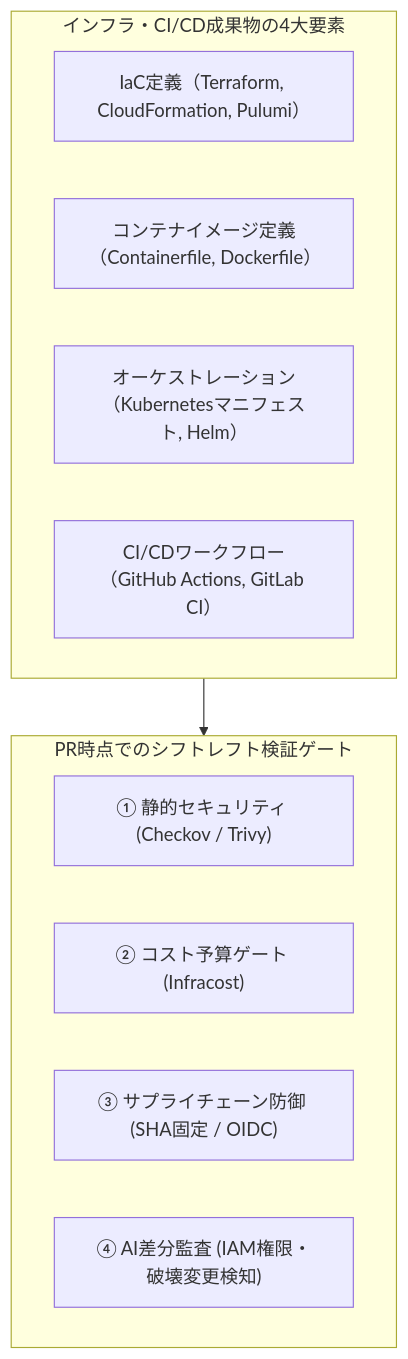
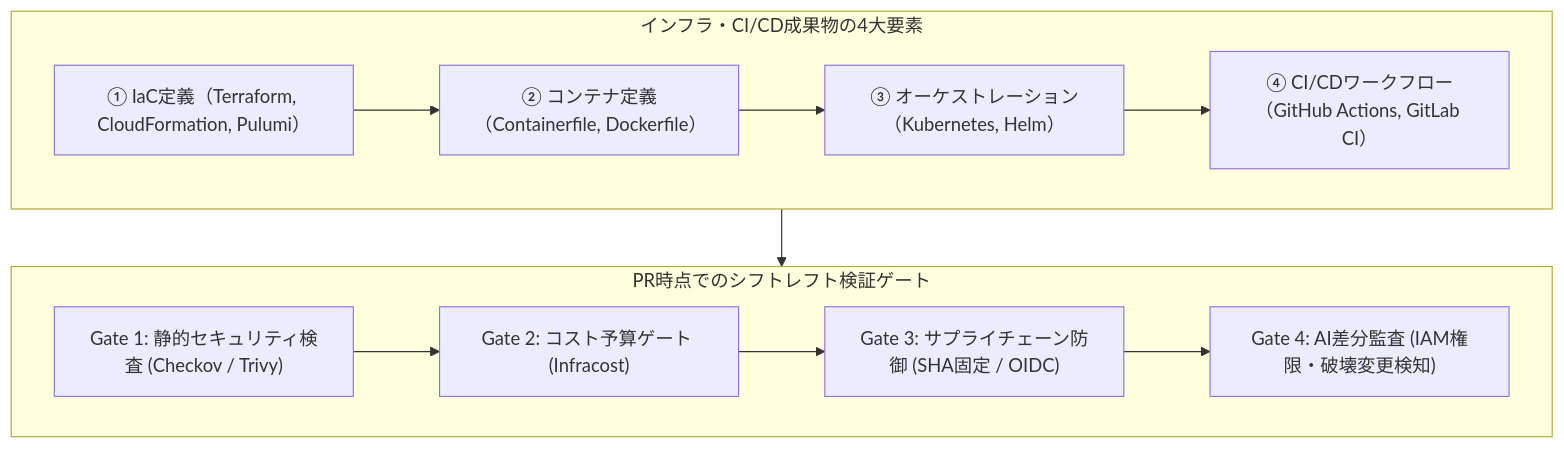
Before and after one commit to AnaharaYasuo/product-quality-management-book: the first of 3 diagrams in manuscript/08_chapter8.md, drawn with Mermaid. The commit also changed other lines of this file and 32 other files, not shown here.

````diff
--- a/manuscript/08_chapter8.md
+++ b/manuscript/08_chapter8.md
@@ -13,18 +13,12 @@
 ```mermaid
 flowchart TD
     subgraph InfrastructureArtifacts["インフラ・CI/CD成果物の4大要素"]
-        A1["IaC定義（Terraform, CloudFormation, Pulumi）"]
-        A2["コンテナイメージ定義（Containerfile, Dockerfile）"]
-        A3["オーケストレーション（Kubernetesマニフェスト, Helm）"]
-        A4["CI/CDワークフロー（GitHub Actions, GitLab CI）"]
+        A1["① IaC定義（Terraform, CloudFormation, Pulumi）"] --> A2["② コンテナ定義（Containerfile, Dockerfile）"]
+        A2 --> A3["③ オーケストレーション（Kubernetes, Helm）"] --> A4["④ CI/CDワークフロー（GitHub Actions, GitLab CI）"]
     end
-
     subgraph VerificationGates["PR時点でのシフトレフト検証ゲート"]
-        G1["① 静的セキュリティ (Checkov / Trivy)"]
-        G2["② コスト予算ゲート (Infracost)"]
-        G3["③ サプライチェーン防御 (SHA固定 / OIDC)"]
-        G4["④ AI差分監査 (IAM権限・破壊変更検知)"]
+        G1["Gate 1: 静的セキュリティ検査 (Checkov / Trivy)"] --> G2["Gate 2: コスト予算ゲート (Infracost)"]
+        G2 --> G3["Gate 3: サプライチェーン防御 (SHA固定 / OIDC)"] --> G4["Gate 4: AI差分監査 (IAM権限・破壊変更検知)"]
     end
-
     InfrastructureArtifacts --> VerificationGates
 ```
````
